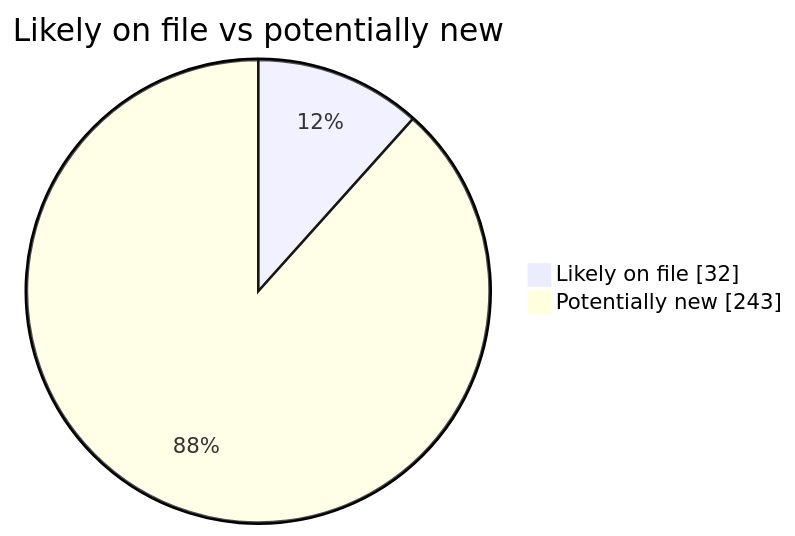
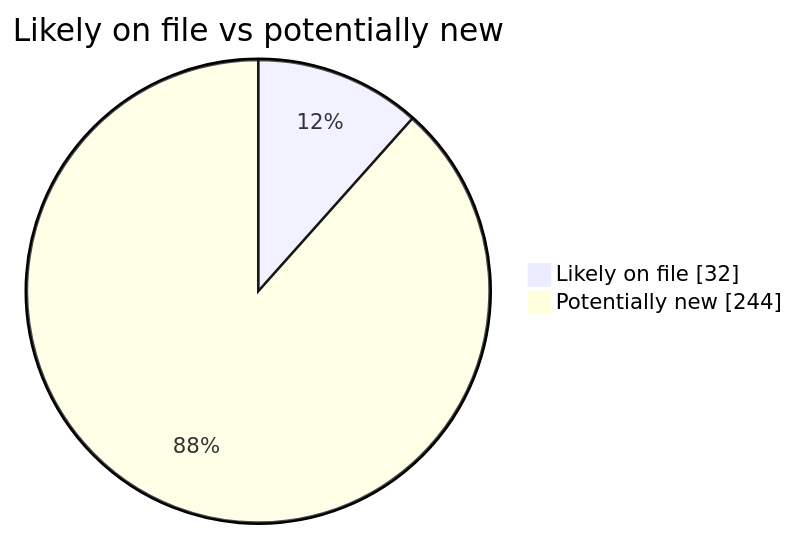
The second of 4 diagrams in README.md (martinbalfanz/social-scanner-reports), drawn with Mermaid before and after one commit. The commit also changed other lines of this file and 2 other files, not shown here.

````diff
--- a/README.md
+++ b/README.md
@@ -40,5 +40,5 @@
 ```mermaid
 pie showData title Likely on file vs potentially new
     "Likely on file" : 32
-    "Potentially new" : 243
+    "Potentially new" : 244
 ```
````
